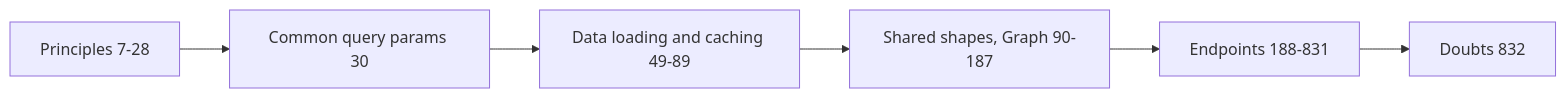
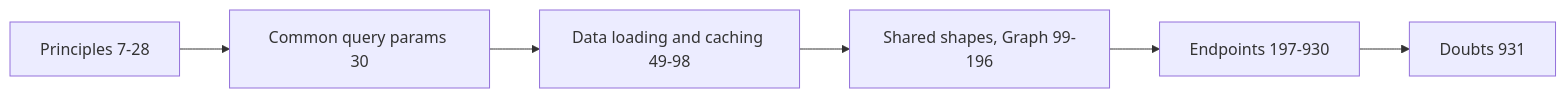
The diagram in snowflake-access-explorer-knowledge-graph/documents/web-api-md.md (darshanmeel/snowflake-access-explorer), drawn with Mermaid before and after one commit. The commit also changed other lines of this file and 55 other files, not shown here.

Commit message:
Docs and knowledge graph: background refresh, saved reads, DuckDB rule walk, kept rule results; graph line refs re-synced

````diff
--- a/snowflake-access-explorer-knowledge-graph/documents/web-api-md.md
+++ b/snowflake-access-explorer-knowledge-graph/documents/web-api-md.md
@@ -4,8 +4,8 @@
 ```mermaid
 flowchart LR
   P[Principles 7-28] --> Q[Common query params 30]
-  Q --> L[Data loading and caching 49-89]
-  L --> S[Shared shapes, Graph 90-187]
-  S --> E[Endpoints 188-831]
-  E --> D[Doubts 832]
+  Q --> L[Data loading and caching 49-98]
+  L --> S[Shared shapes, Graph 99-196]
+  S --> E[Endpoints 197-930]
+  E --> D[Doubts 931]
 ```
````
